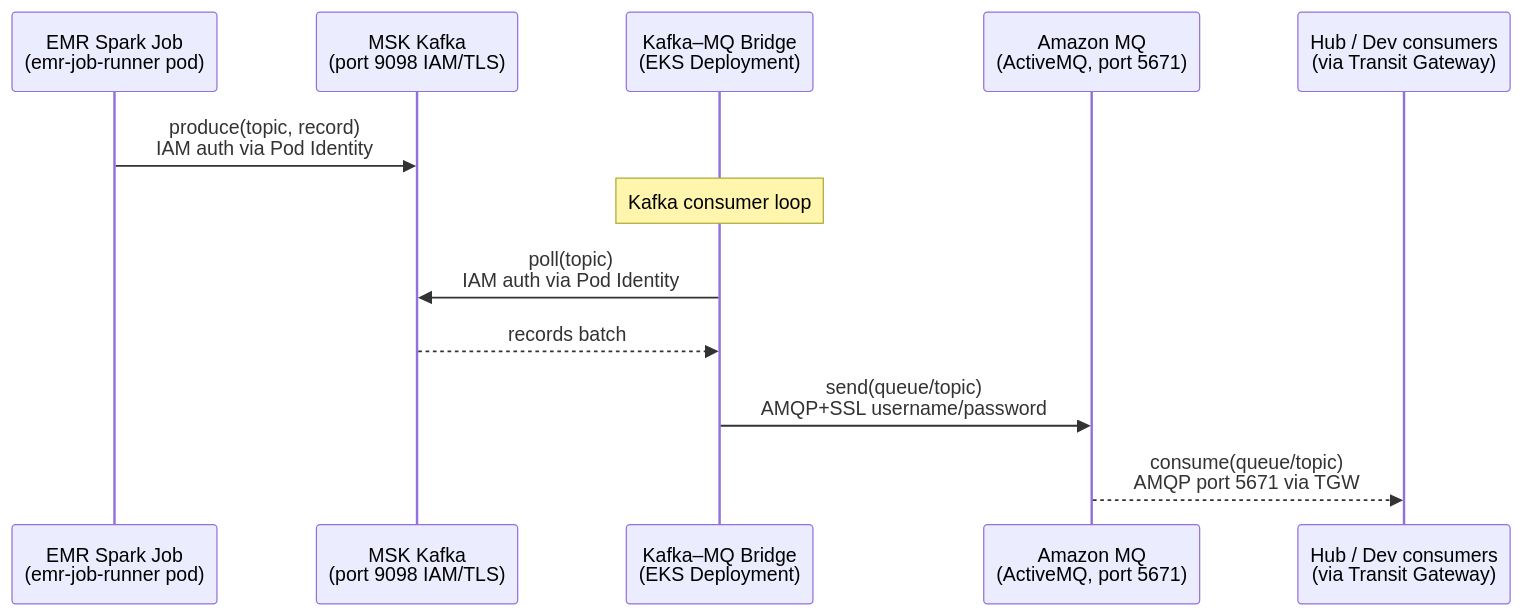
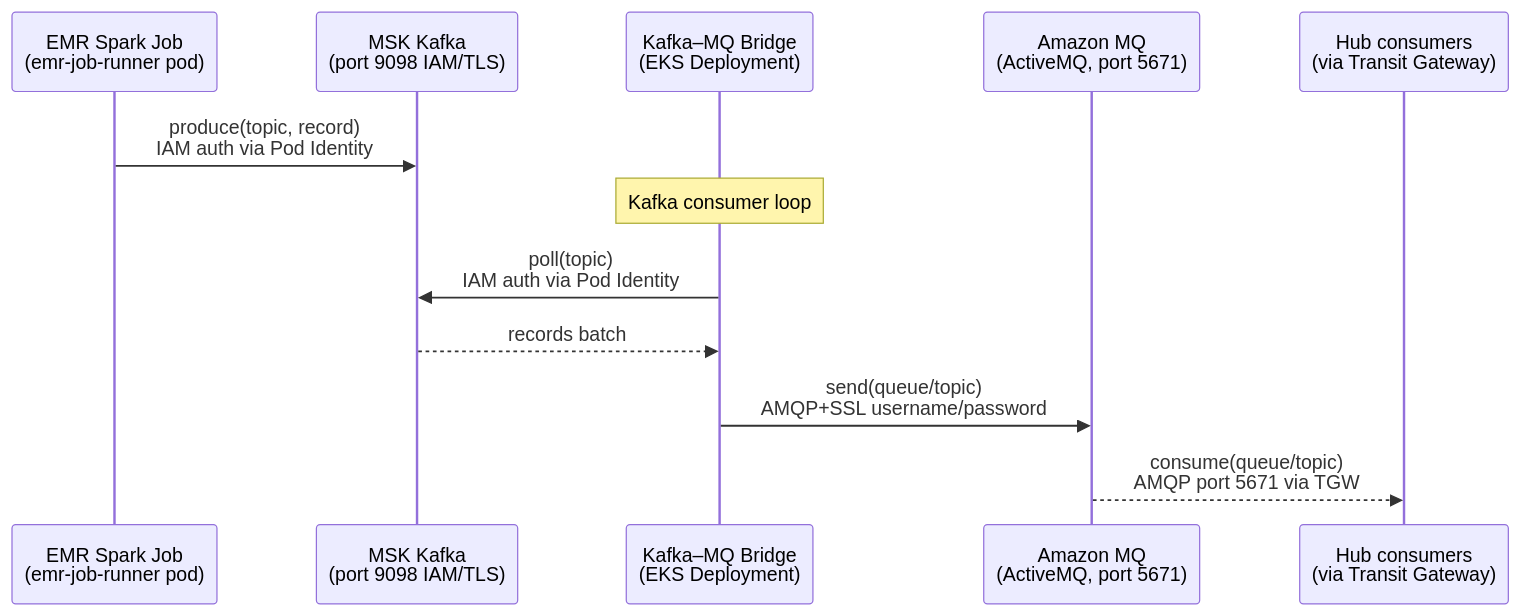
The tenth of 13 diagrams in docs/low-level-design.md (paragch/eks-hub-spoke), drawn with Mermaid before and after one commit. The commit also changed other lines of this file and 40 other files, not shown here.

First line of the commit message:
Remove dev and data accounts; simplify to hub + prod + prod-data

````diff
--- a/docs/low-level-design.md
+++ b/docs/low-level-design.md
@@ -514,15 +394,15 @@
 ```mermaid
 sequenceDiagram
   participant SPARK  as EMR Spark Job<br/>(emr-job-runner pod)
   participant MSK    as MSK Kafka<br/>(port 9098 IAM/TLS)
   participant BRIDGE as Kafka–MQ Bridge<br/>(EKS Deployment)
   participant MQ     as Amazon MQ<br/>(ActiveMQ, port 5671)
-  participant HUB    as Hub / Dev consumers<br/>(via Transit Gateway)
+  participant HUB    as Hub consumers<br/>(via Transit Gateway)
 
   SPARK->>MSK:   produce(topic, record)<br/>IAM auth via Pod Identity
   Note over BRIDGE: Kafka consumer loop
   BRIDGE->>MSK:  poll(topic)<br/>IAM auth via Pod Identity
   MSK-->>BRIDGE: records batch
   BRIDGE->>MQ:   send(queue/topic)<br/>AMQP+SSL username/password
   MQ-->>HUB:     consume(queue/topic)<br/>AMQP port 5671 via TGW
 ```
````
